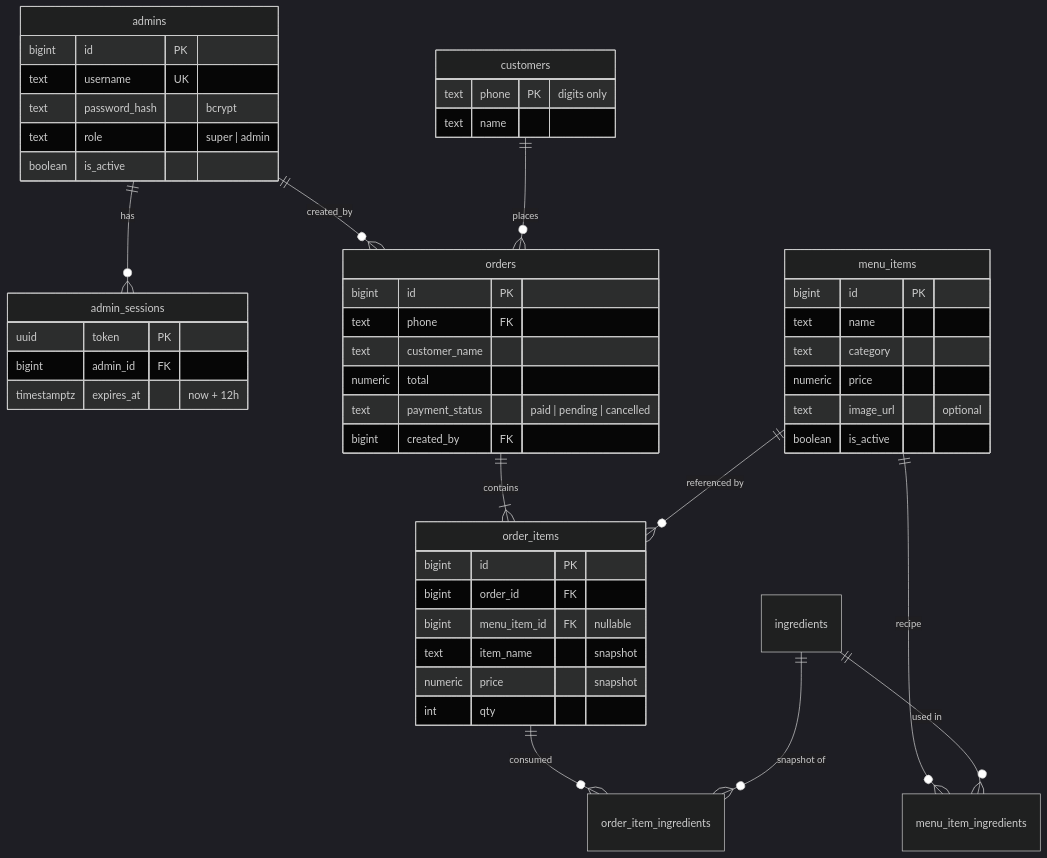
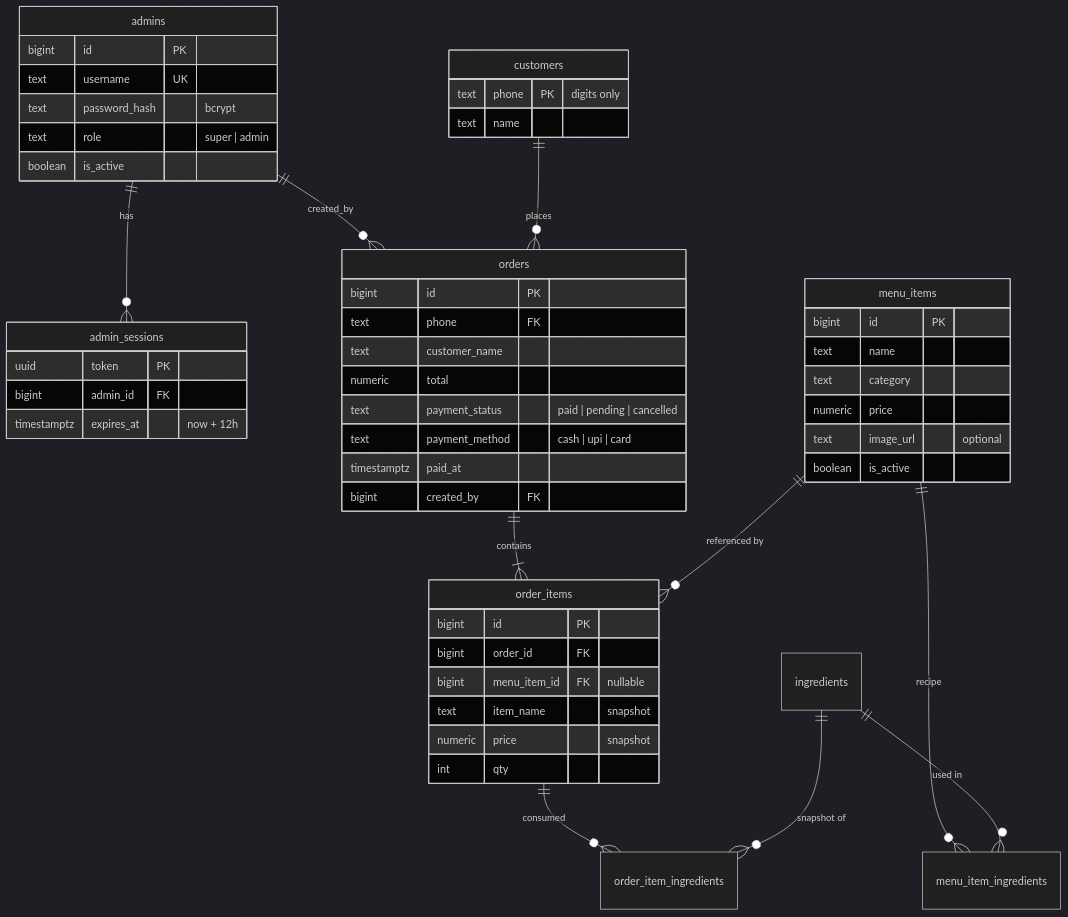
The second of 4 diagrams in docs/ARCHITECTURE.md (ogfoods/pos), drawn with Mermaid (dark theme) before and after one commit. The commit also changed other lines of this file and 13 other files, not shown here.

````diff
--- a/docs/ARCHITECTURE.md
+++ b/docs/ARCHITECTURE.md
@@ -74,53 +78,55 @@
 ```mermaid
 erDiagram
     admins ||--o{ admin_sessions : has
     admins ||--o{ orders : "created_by"
     customers ||--o{ orders : places
     orders ||--|{ order_items : contains
     menu_items ||--o{ order_items : "referenced by"
     menu_items ||--o{ menu_item_ingredients : recipe
     ingredients ||--o{ menu_item_ingredients : "used in"
     order_items ||--o{ order_item_ingredients : consumed
     ingredients ||--o{ order_item_ingredients : "snapshot of"
 
     admins {
         bigint id PK
         text username UK
         text password_hash "bcrypt"
         text role "super | admin"
         boolean is_active
     }
     admin_sessions {
         uuid token PK
         bigint admin_id FK
         timestamptz expires_at "now + 12h"
     }
     menu_items {
         bigint id PK
         text name
         text category
         numeric price
         text image_url "optional"
         boolean is_active
     }
     customers {
         text phone PK "digits only"
         text name
     }
     orders {
         bigint id PK
         text phone FK
         text customer_name
         numeric total
         text payment_status "paid | pending | cancelled"
+        text payment_method "cash | upi | card"
+        timestamptz paid_at
         bigint created_by FK
     }
     order_items {
         bigint id PK
         bigint order_id FK
         bigint menu_item_id FK "nullable"
         text item_name "snapshot"
         numeric price "snapshot"
         int qty
     }
 ```
````
